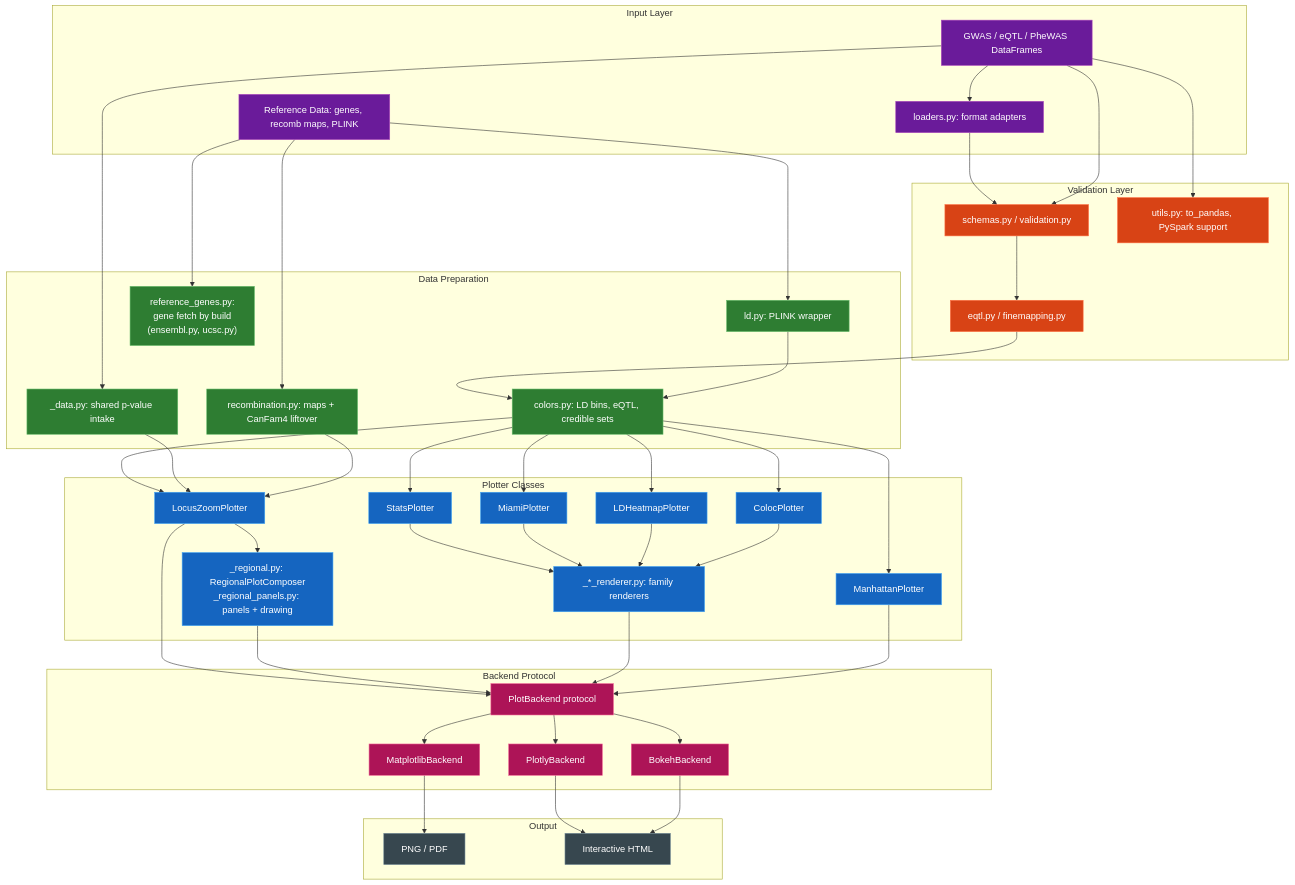
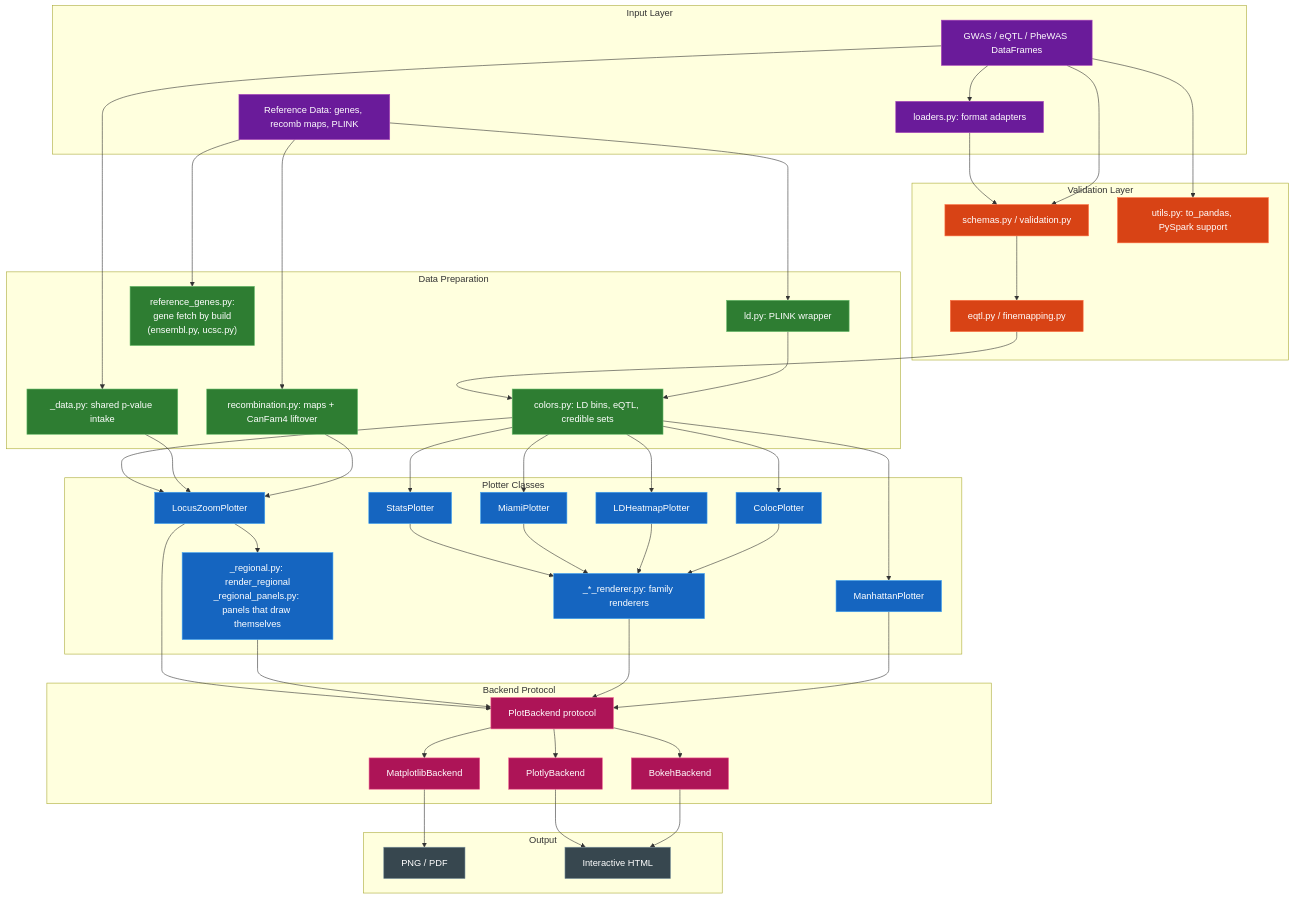
One commit to michael-denyer/pyLocusZoom changed the diagram in docs/ARCHITECTURE.md. Above: the diagram before and after it, drawn with Mermaid. The commit also changed other lines of this file and 10 other files, not shown here.

First line of the commit message:
refactor(regional): each panel draws itself, delete RegionalPlotComposer

```diff
--- a/docs/ARCHITECTURE.md
+++ b/docs/ARCHITECTURE.md
@@ -40,7 +40,7 @@
 
     subgraph Plotters["Plotter Classes"]
         LZ[LocusZoomPlotter]
-        REGIONAL["_regional.py: RegionalPlotComposer<br/>_regional_panels.py: panels + drawing"]
+        REGIONAL["_regional.py: render_regional<br/>_regional_panels.py: panels that draw themselves"]
         FAMILIES[_*_renderer.py: family renderers]
         MP[ManhattanPlotter]
         SP[StatsPlotter]
```
